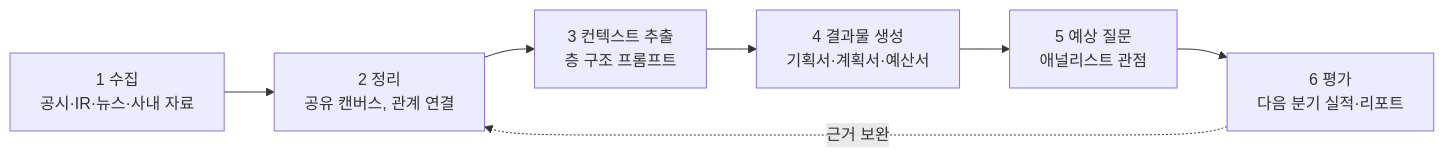
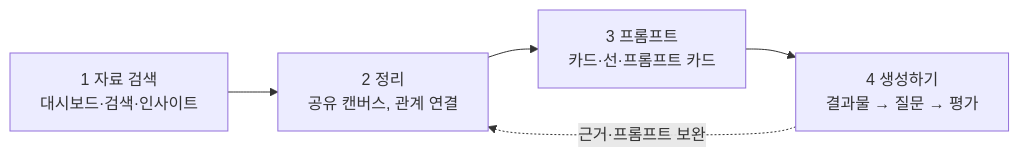
The diagram in docs/planning/기획서.md (vamos-team/telescope), drawn with Mermaid before and after one commit. The commit also changed other lines of this file and 6 other files, not shown here.

````diff
--- a/docs/planning/기획서.md
+++ b/docs/planning/기획서.md
@@ -41,9 +41,7 @@
 ```mermaid
 flowchart LR
-    A["1 수집<br/>공시·IR·뉴스·사내 자료"] --> B["2 정리<br/>공유 캔버스, 관계 연결"]
-    B --> C["3 컨텍스트 추출<br/>층 구조 프롬프트"]
-    C --> D["4 결과물 생성<br/>기획서·계획서·예산서"]
-    D --> E["5 예상 질문<br/>애널리스트 관점"]
-    E --> F["6 평가<br/>다음 분기 실적·리포트"]
-    F -.->|근거 보완| B
+    A["1 자료 검색<br/>대시보드·검색·인사이트"] --> B["2 정리<br/>공유 캔버스, 관계 연결"]
+    B --> C["3 프롬프트<br/>카드·선·프롬프트 카드"]
+    C --> D["4 생성하기<br/>결과물 → 질문 → 평가"]
+    D -.->|근거·프롬프트 보완| B
 ```
````
